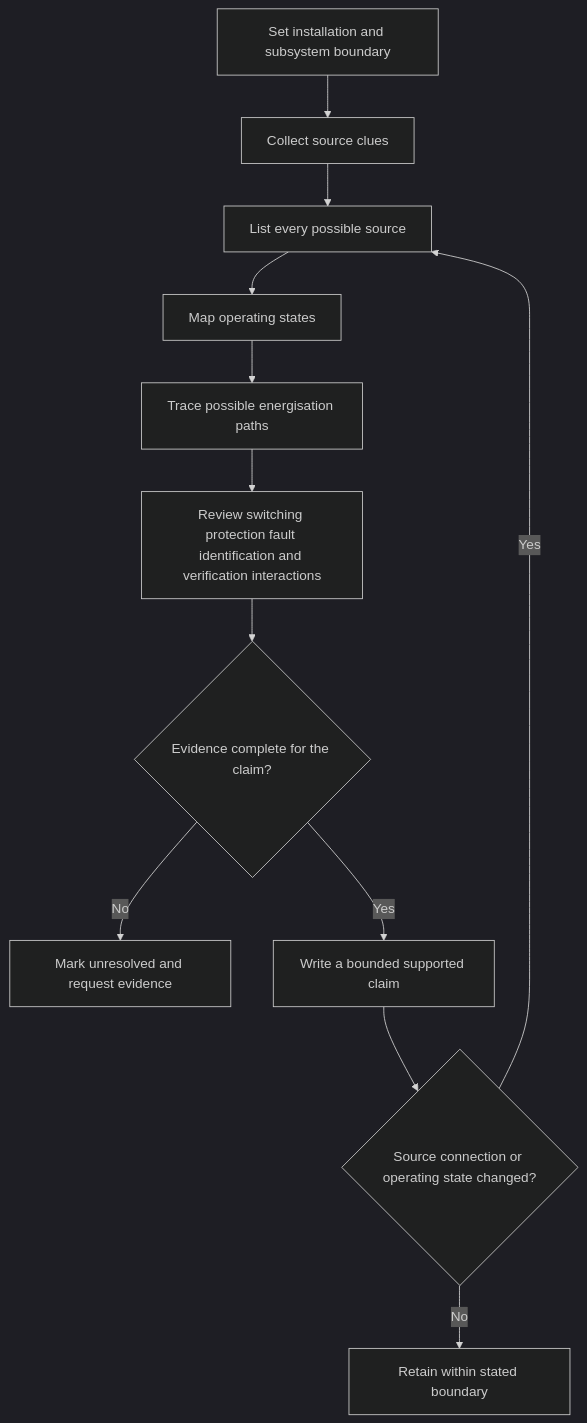
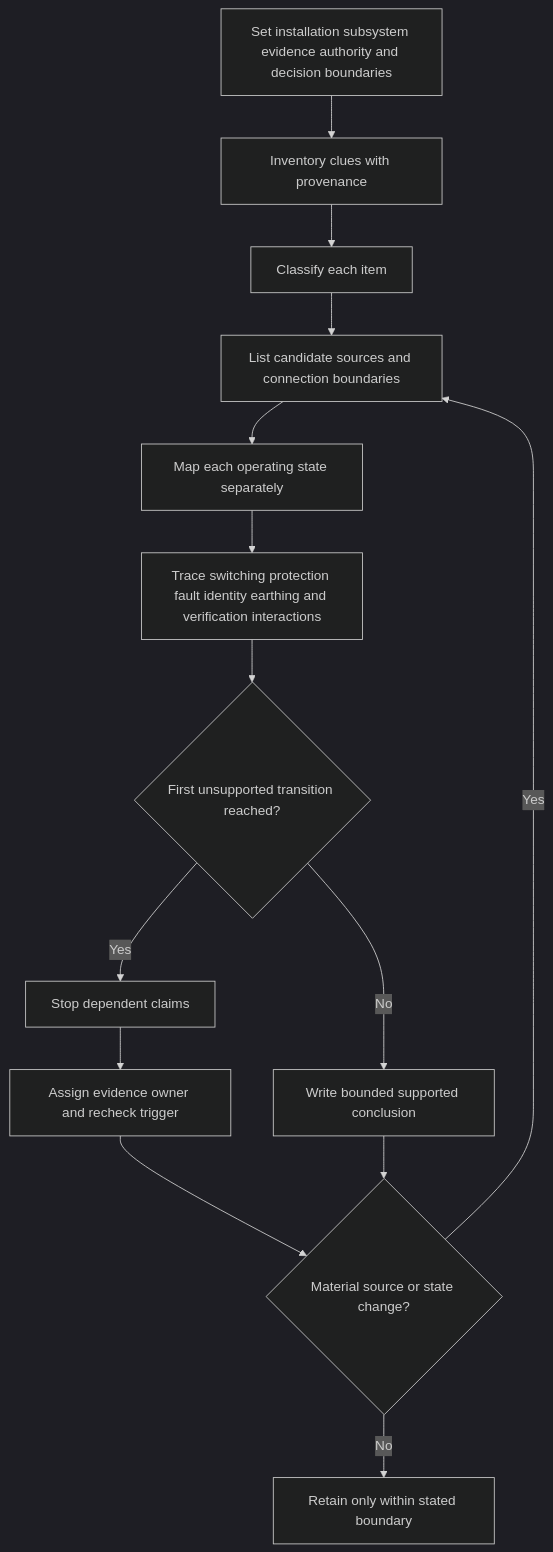
One commit to andrew3stedall/capstone changed the first of 2 diagrams in docs/learning-plans/12-week/modules/day-53-alternative-multiple-and-embedded-supply-awareness.md. Above: the diagram before and after it, drawn with Mermaid (dark theme). The commit also changed other lines of this file and 3 other files, not shown here.

````diff
--- a/docs/learning-plans/12-week/modules/day-53-alternative-multiple-and-embedded-supply-awareness.md
+++ b/docs/learning-plans/12-week/modules/day-53-alternative-multiple-and-embedded-supply-awareness.md
@@ -98,14 +108,16 @@
 ```mermaid
 flowchart TD
-  A[Set installation and subsystem boundary] --> B[Collect source clues]
-  B --> C[List every possible source]
-  C --> D[Map operating states]
-  D --> E[Trace possible energisation paths]
-  E --> F[Review switching protection fault identification and verification interactions]
-  F --> G{Evidence complete for the claim?}
-  G -->|No| H[Mark unresolved and request evidence]
-  G -->|Yes| I[Write a bounded supported claim]
-  I --> J{Source connection or operating state changed?}
-  J -->|Yes| C
-  J -->|No| K[Retain within stated boundary]
+  A[Set installation subsystem evidence authority and decision boundaries] --> B[Inventory clues with provenance]
+  B --> C[Classify each item]
+  C --> D[List candidate sources and connection boundaries]
+  D --> E[Map each operating state separately]
+  E --> F[Trace switching protection fault identity earthing and verification interactions]
+  F --> G{First unsupported transition reached?}
+  G -->|Yes| H[Stop dependent claims]
+  H --> I[Assign evidence owner and recheck trigger]
+  G -->|No| J[Write bounded supported conclusion]
+  I --> K{Material source or state change?}
+  J --> K
+  K -->|Yes| D
+  K -->|No| L[Retain only within stated boundary]
 ```
````
